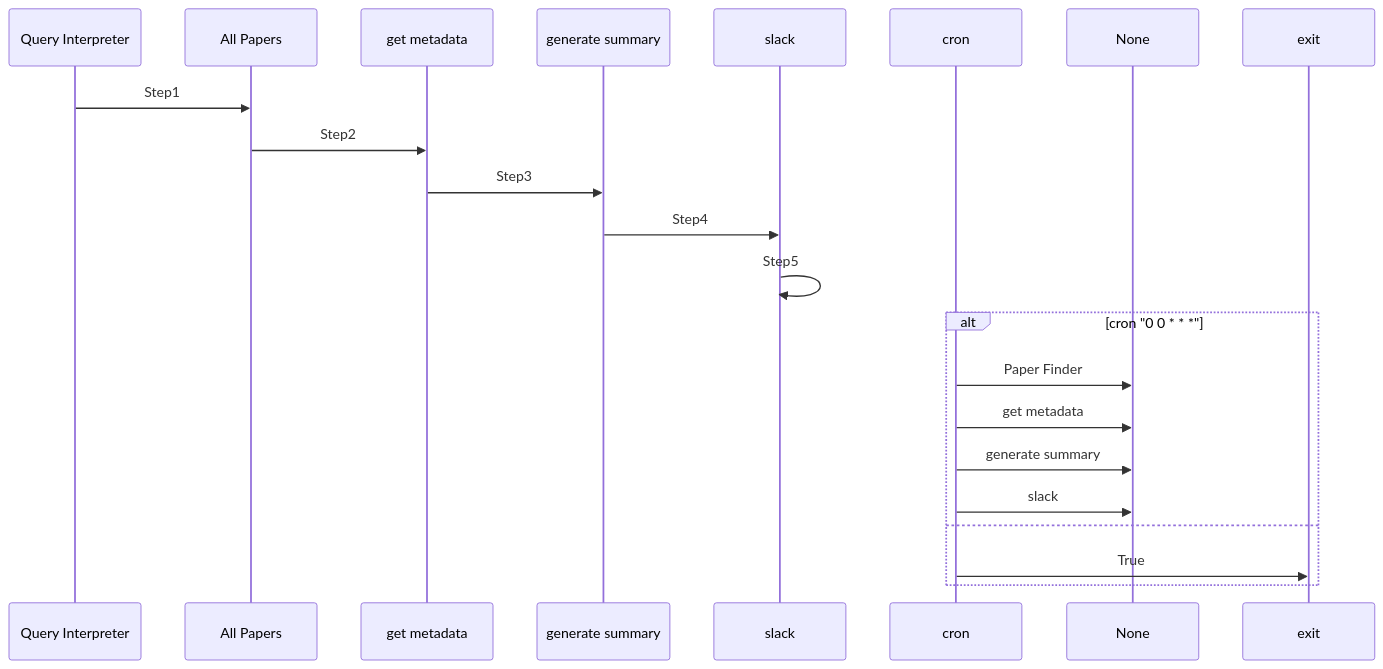
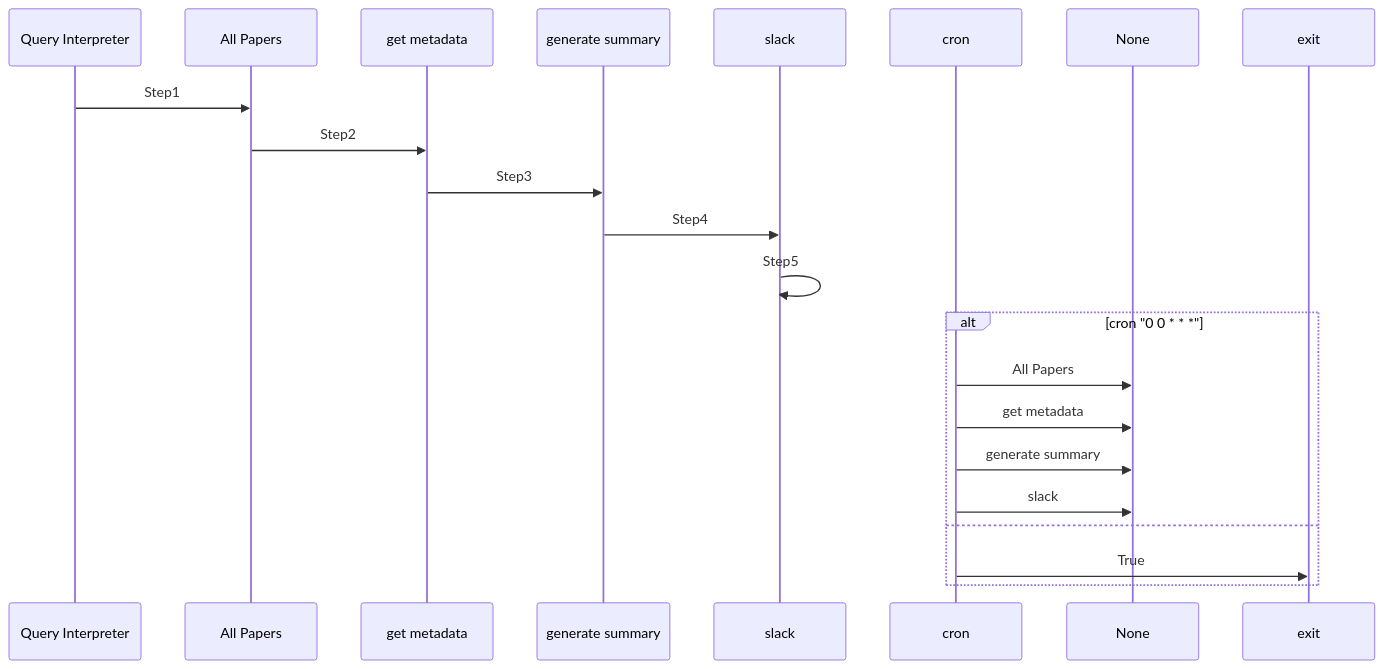
Before and after one commit to i-am-bee/beeai-labs: the diagram in demos/workflows/summary.ai/README.md, drawn with Mermaid. The commit also changed other lines of this file and 65 other files, not shown here.

````diff
--- a/demos/workflows/summary.ai/README.md
+++ b/demos/workflows/summary.ai/README.md
@@ -8,21 +8,21 @@
 ```mermaid
 sequenceDiagram
 participant Query Interpreter
 participant All Papers
 participant get metadata
 participant generate summary
 participant slack
 Query Interpreter->>All Papers: Step1
 All Papers->>get metadata: Step2
 get metadata->>generate summary: Step3
 generate summary->>slack: Step4
 slack->>slack: Step5
 alt cron "0 0 * * *"
-  cron->>None: Paper Finder
+  cron->>None: All Papers
   cron->>None: get metadata
   cron->>None: generate summary
   cron->>None: slack
 else
   cron->>exit: True
 end
 ```
````
